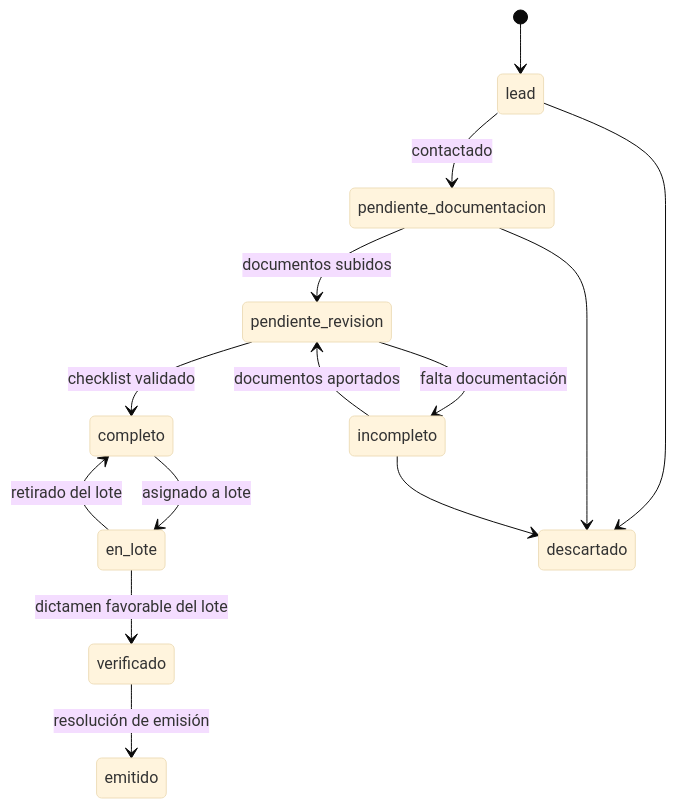
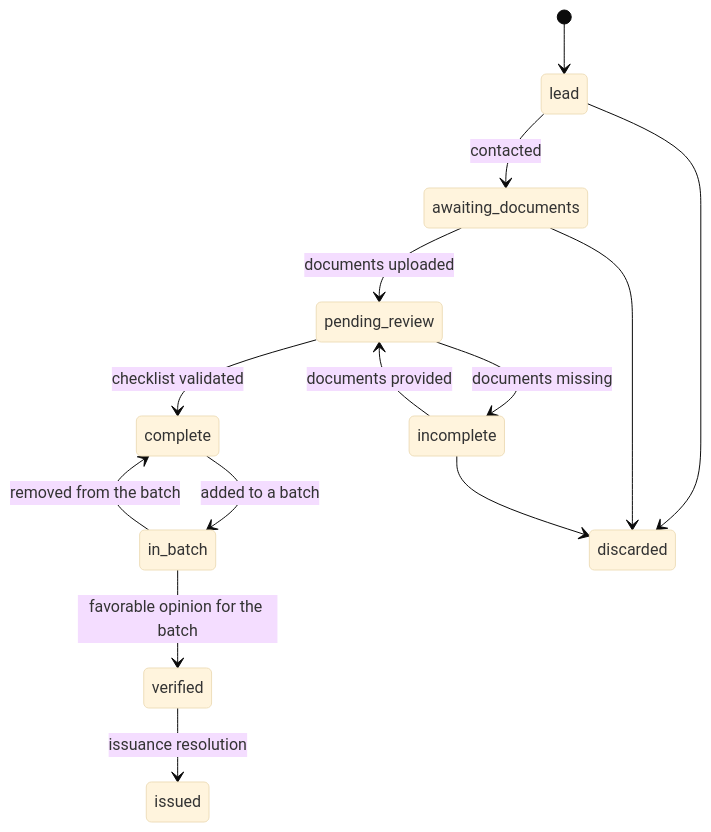
One commit to daykelm/certia changed the first of 3 diagrams in PROJECT.md. Above: the diagram before and after it, drawn with Mermaid (base theme). The commit also changed other lines of this file and 3 other files, not shown here.

````diff
--- a/PROJECT.md
+++ b/PROJECT.md
@@ -90,16 +90,16 @@
 ```mermaid
 stateDiagram-v2
     [*] --> lead
-    lead --> pendiente_documentacion: contactado
-    pendiente_documentacion --> pendiente_revision: documentos subidos
-    pendiente_revision --> incompleto: falta documentación
-    incompleto --> pendiente_revision: documentos aportados
-    pendiente_revision --> completo: checklist validado
-    completo --> en_lote: asignado a lote
-    en_lote --> completo: retirado del lote
-    en_lote --> verificado: dictamen favorable del lote
-    verificado --> emitido: resolución de emisión
-    lead --> descartado
-    pendiente_documentacion --> descartado
-    incompleto --> descartado
+    lead --> awaiting_documents: contacted
+    awaiting_documents --> pending_review: documents uploaded
+    pending_review --> incomplete: documents missing
+    incomplete --> pending_review: documents provided
+    pending_review --> complete: checklist validated
+    complete --> in_batch: added to a batch
+    in_batch --> complete: removed from the batch
+    in_batch --> verified: favorable opinion for the batch
+    verified --> issued: issuance resolution
+    lead --> discarded
+    awaiting_documents --> discarded
+    incomplete --> discarded
 ```
````
